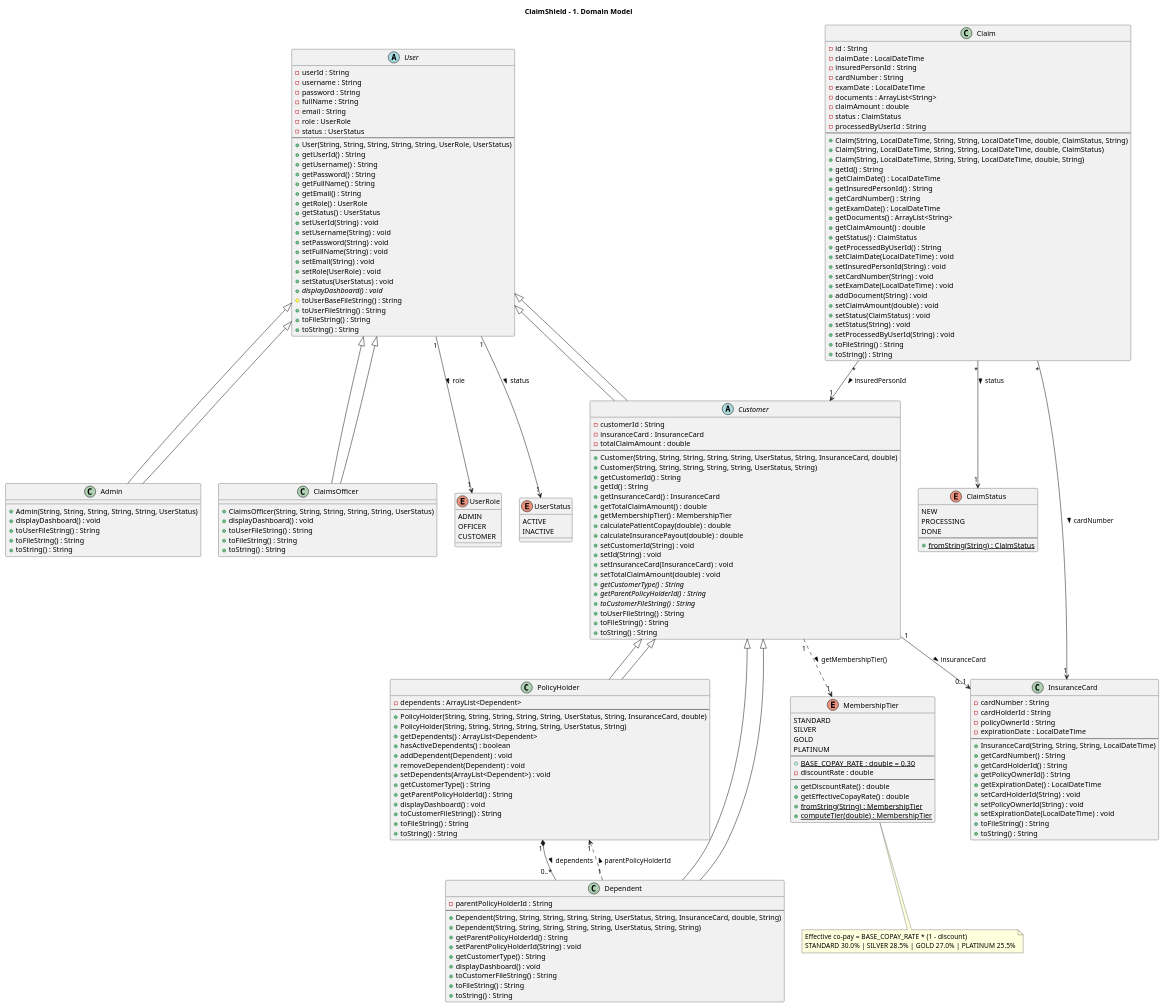
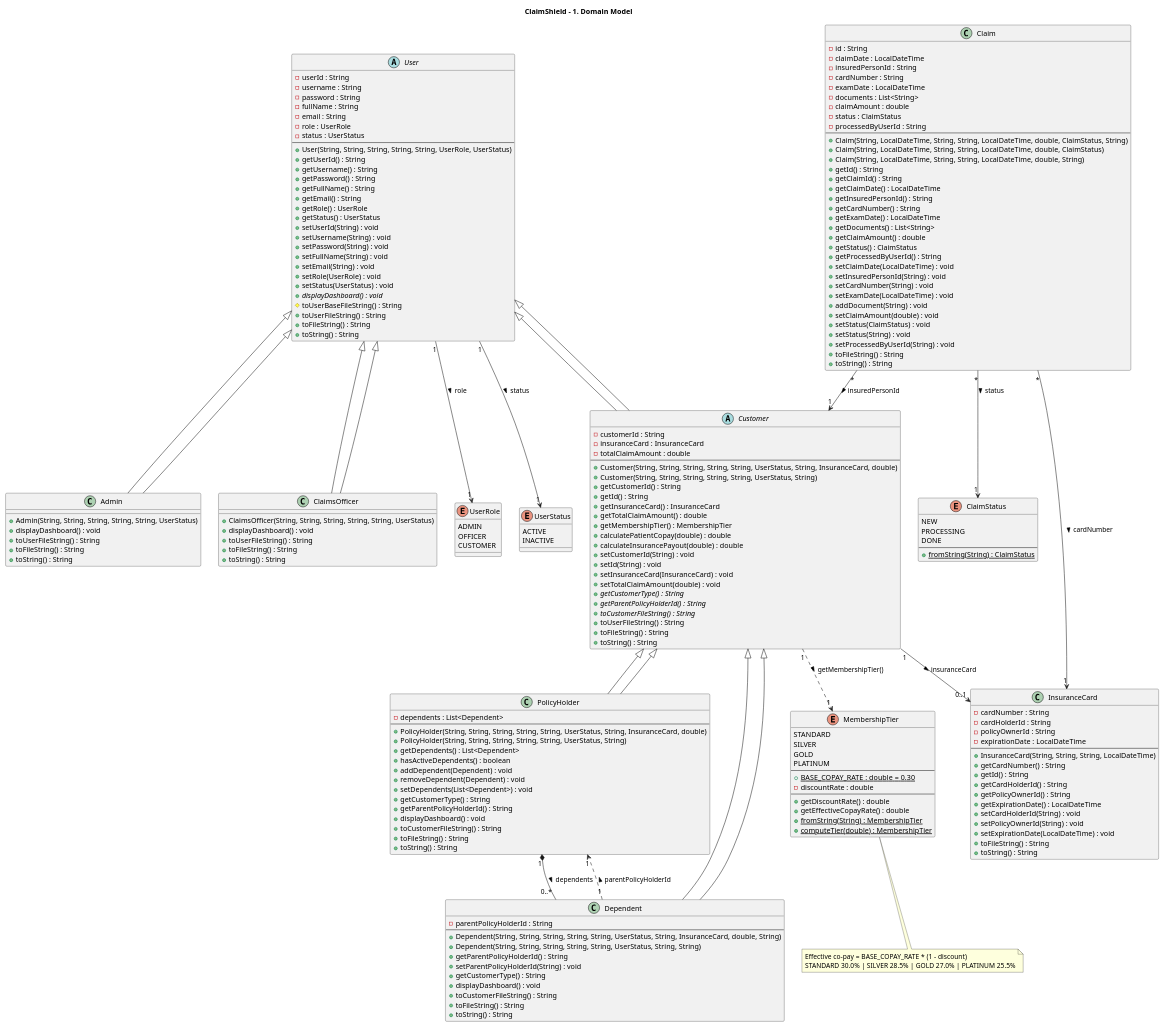
One commit to RMIT-Vietnam-Teaching/java-console-application-part-1-s4113887rmit changed the first of 3 diagrams in docs/class_diagram.puml. Above: the diagram before and after it, drawn with PlantUML. The commit also changed other lines of this file and 21 other files, not shown here.

Commit message:
Complete Milestone 2 enhancements: add InvalidDocumentNameException, informative file-loading warnings, full tier & timeframe sample data, and update high-res UML diagrams

```diff
--- a/docs/class_diagram.puml
+++ b/docs/class_diagram.puml
@@ -97,15 +97,15 @@
 }
 
 class PolicyHolder extends Customer {
-    -dependents : ArrayList<Dependent>
+    -dependents : List<Dependent>
     --
     +PolicyHolder(String, String, String, String, String, UserStatus, String, InsuranceCard, double)
     +PolicyHolder(String, String, String, String, String, UserStatus, String)
-    +getDependents() : ArrayList<Dependent>
+    +getDependents() : List<Dependent>
     +hasActiveDependents() : boolean
     +addDependent(Dependent) : void
     +removeDependent(Dependent) : void
-    +setDependents(ArrayList<Dependent>) : void
+    +setDependents(List<Dependent>) : void
     +getCustomerType() : String
     +getParentPolicyHolderId() : String
     +displayDashboard() : void
@@ -136,6 +136,7 @@
     --
     +InsuranceCard(String, String, String, LocalDateTime)
     +getCardNumber() : String
+    +getId() : String
     +getCardHolderId() : String
     +getPolicyOwnerId() : String
     +getExpirationDate() : LocalDateTime
@@ -152,7 +153,7 @@
     -insuredPersonId : String
     -cardNumber : String
     -examDate : LocalDateTime
-    -documents : ArrayList<String>
+    -documents : List<String>
     -claimAmount : double
     -status : ClaimStatus
     -processedByUserId : String
@@ -161,11 +162,12 @@
     +Claim(String, LocalDateTime, String, String, LocalDateTime, double, ClaimStatus)
     +Claim(String, LocalDateTime, String, String, LocalDateTime, double, String)
     +getId() : String
+    +getClaimId() : String
     +getClaimDate() : LocalDateTime
     +getInsuredPersonId() : String
     +getCardNumber() : String
     +getExamDate() : LocalDateTime
-    +getDocuments() : ArrayList<String>
+    +getDocuments() : List<String>
     +getClaimAmount() : double
     +getStatus() : ClaimStatus
     +getProcessedByUserId() : String
```
